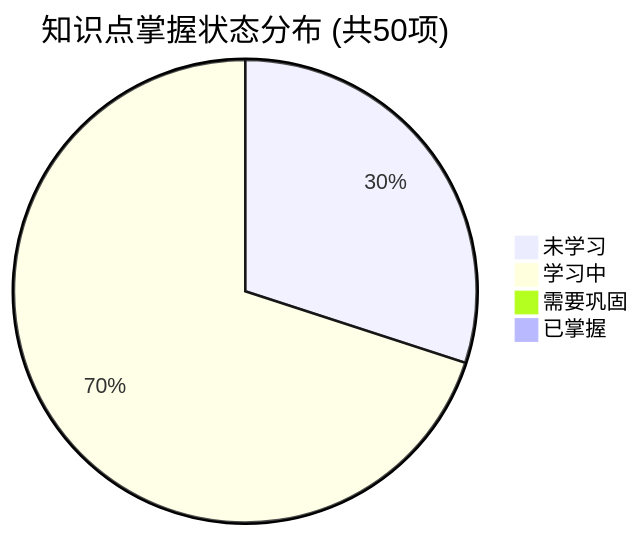
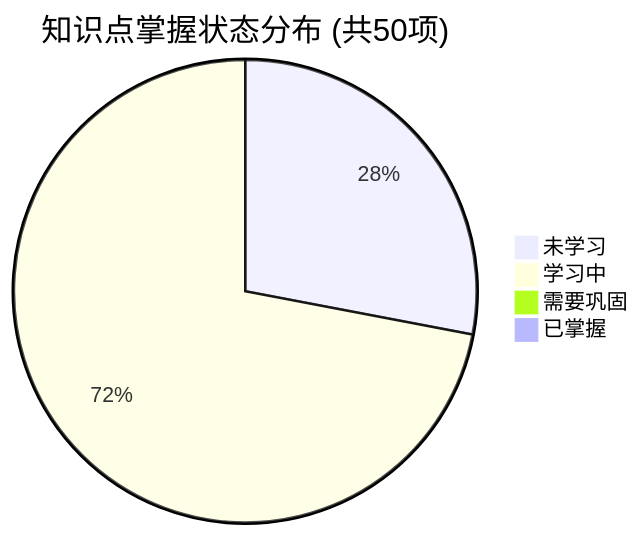
The first of 2 diagrams in PROGRESS.md (tieke1121/tech-interview-knowledge-base), drawn with Mermaid before and after one commit. The commit also changed other lines of this file and 1 other file, not shown here.

````diff
--- a/PROGRESS.md
+++ b/PROGRESS.md
@@ -23,7 +23,7 @@
 ```mermaid
 pie title 知识点掌握状态分布 (共50项)
-    "未学习" : 15
-    "学习中" : 35
+    "未学习" : 14
+    "学习中" : 36
     "需要巩固" : 0
     "已掌握" : 0
 ```
````
